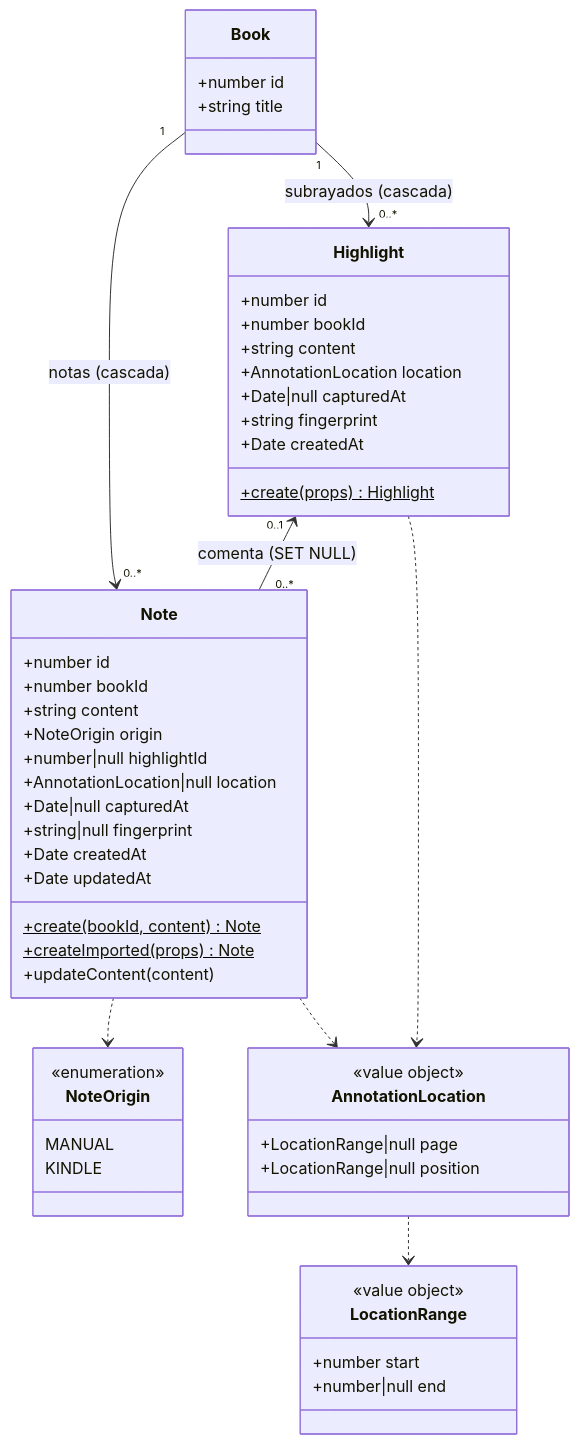
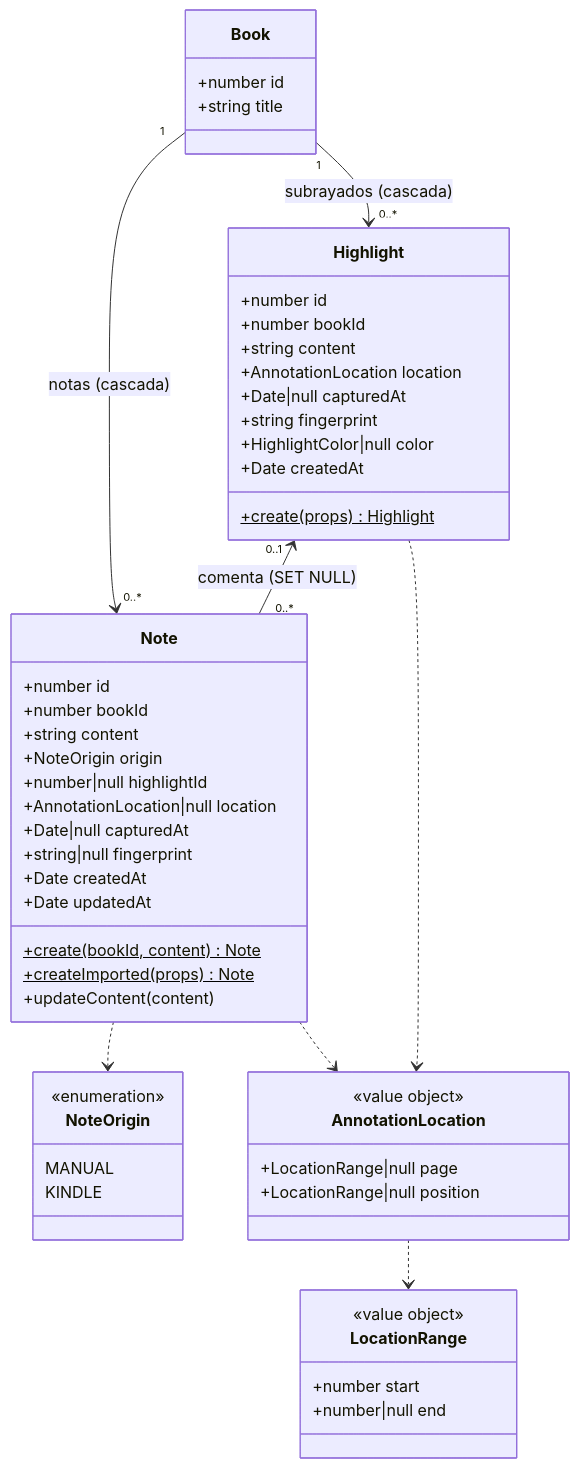
Before and after one commit to tomyleca/booklog: the first of 3 diagrams in docs/guides/annotations-model.md, drawn with Mermaid. The commit also changed other lines of this file and 57 other files, not shown here.

````diff
--- a/docs/guides/annotations-model.md
+++ b/docs/guides/annotations-model.md
@@ -22,60 +22,61 @@
 ```mermaid
 classDiagram
     class Book {
         +number id
         +string title
     }
 
     class Note {
         +number id
         +number bookId
         +string content
         +NoteOrigin origin
         +number|null highlightId
         +AnnotationLocation|null location
         +Date|null capturedAt
         +string|null fingerprint
         +Date createdAt
         +Date updatedAt
         +create(bookId, content) Note$
         +createImported(props) Note$
         +updateContent(content)
     }
 
     class Highlight {
         +number id
         +number bookId
         +string content
         +AnnotationLocation location
         +Date|null capturedAt
         +string fingerprint
+        +HighlightColor|null color
         +Date createdAt
         +create(props) Highlight$
     }
 
     class AnnotationLocation {
         <<value object>>
         +LocationRange|null page
         +LocationRange|null position
     }
 
     class LocationRange {
         <<value object>>
         +number start
         +number|null end
     }
 
     class NoteOrigin {
         <<enumeration>>
         MANUAL
         KINDLE
     }
 
     Book "1" --> "0..*" Note : notas (cascada)
     Book "1" --> "0..*" Highlight : subrayados (cascada)
     Highlight "0..1" <-- "0..*" Note : comenta (SET NULL)
     Note ..> NoteOrigin
     Note ..> AnnotationLocation
     Highlight ..> AnnotationLocation
     AnnotationLocation ..> LocationRange
 ```
````
